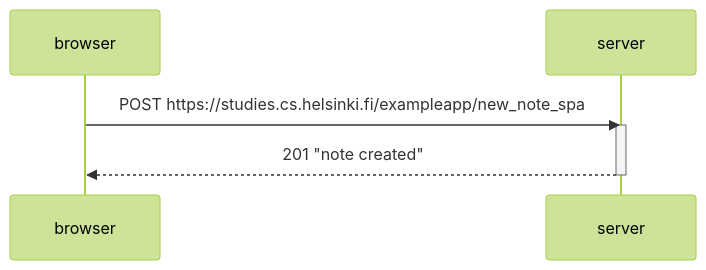
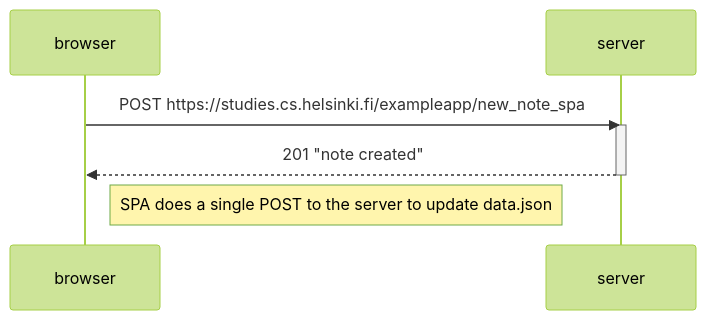
One commit to JukkaK/FullStack2023 changed the diagram in part0/06.md. Above: the diagram before and after it, drawn with Mermaid (forest theme). The commit also changed 1 other file, not shown here.

Commit message:
add notes

````diff
--- a/part0/06.md
+++ b/part0/06.md
@@ -1,11 +1,13 @@
 ```mermaid
 sequenceDiagram
     participant browser
     participant server
 
     browser->>server: POST https://studies.cs.helsinki.fi/exampleapp/new_note_spa
     activate server
     server-->>browser: 201 "note created"
     deactivate server
+
+    Note right of browser: SPA does a single POST to the server to update data.json
     
 ```
````
